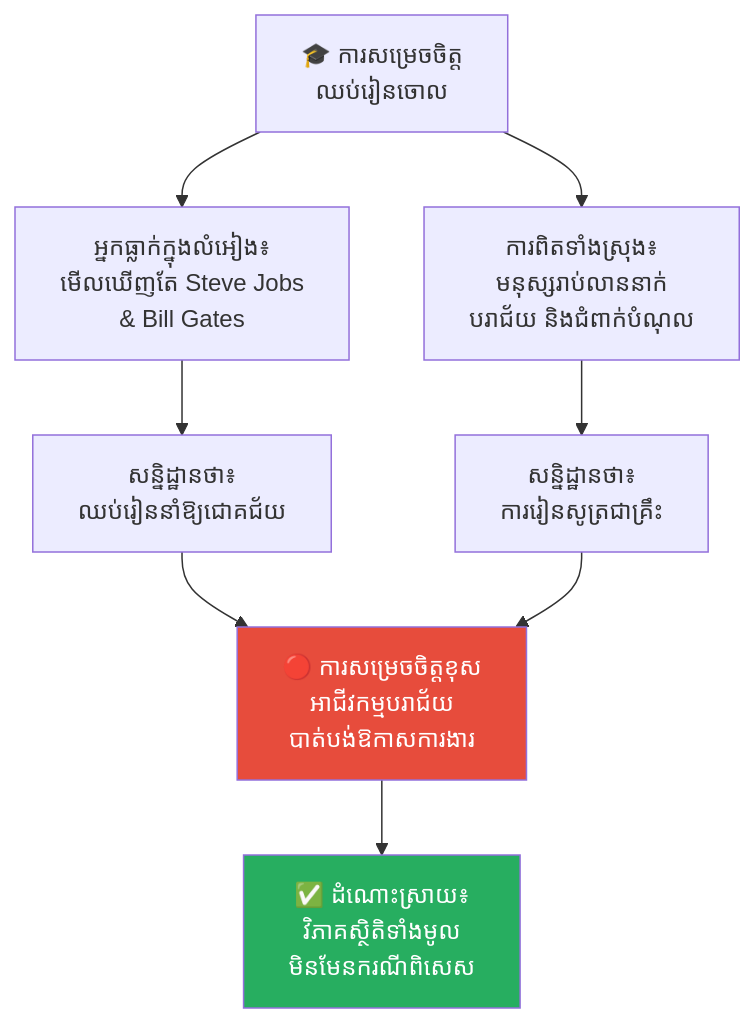
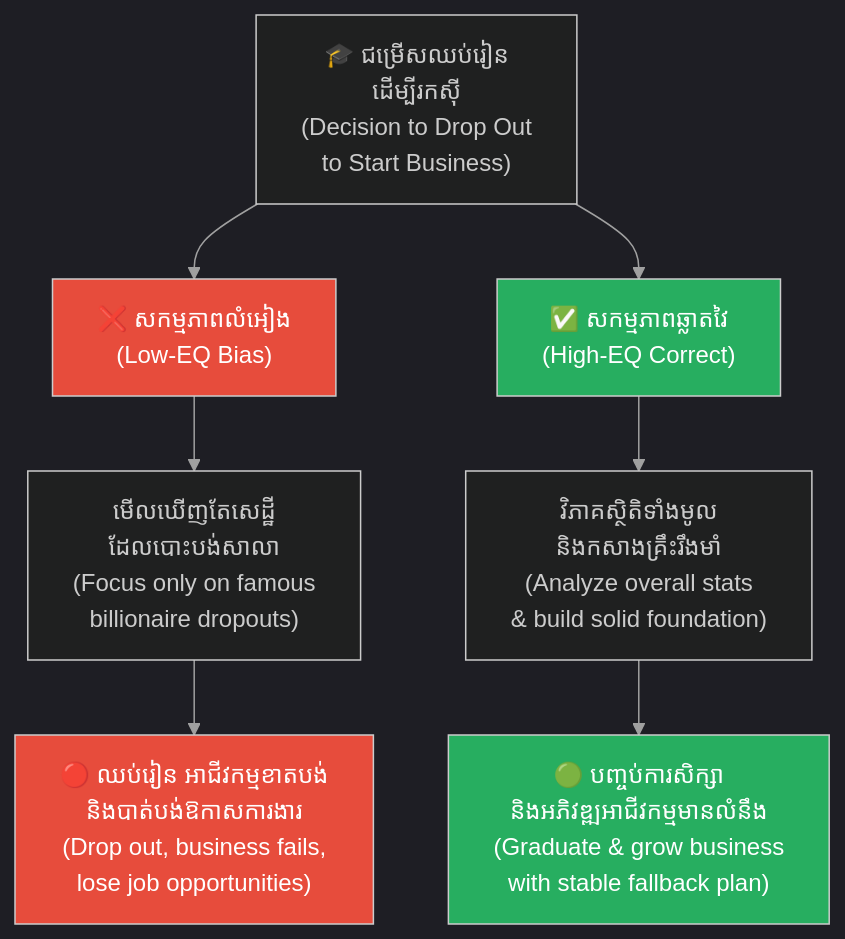
Before and after one commit to GuideStack/iblogger-feeds: the first of 5 diagrams in feeds/concepts/articles/06-survivorship-bias.md, drawn with Mermaid. The commit also changed other lines of this file, not shown here.

Commit message:
docs: upgrade 06-survivorship-bias.md to bilingual layout and styled diagrams

````diff
--- a/feeds/concepts/articles/06-survivorship-bias.md
+++ b/feeds/concepts/articles/06-survivorship-bias.md
@@ -71,13 +109,25 @@
 ```mermaid
+%%{init: {
+  'theme': 'dark',
+  'themeVariables': {
+    'background': '#1e1e1e',
+    'primaryTextColor': '#ffffff',
+    'lineColor': '#a0a0a0'
+  },
+  'themeCSS': 'svg { background-color: #1e1e1e !important; padding: 1rem !important; border-radius: 8px !important; } .edgeLabel rect { fill: #1e1e1e !important; } text, tspan { fill: #ffffff !important; }'
+}}%%
 graph TD
-    A["🎓 ការសម្រេចចិត្ត<br/>ឈប់រៀនចោល"] --> B["អ្នកធ្លាក់ក្នុងលំអៀង៖<br/>មើលឃើញតែ Steve Jobs<br/>& Bill Gates"]
-    A --> C["ការពិតទាំងស្រុង៖<br/>មនុស្សរាប់លាននាក់<br/>បរាជ័យ និងជំពាក់បំណុល"]
-    B --> D["សន្និដ្ឋានថា៖<br/>ឈប់រៀននាំឱ្យជោគជ័យ"]
-    C --> E["សន្និដ្ឋានថា៖<br/>ការរៀនសូត្រជាគ្រឹះ"]
-    D --> F["🔴 ការសម្រេចចិត្តខុស<br/>អាជីវកម្មបរាជ័យ<br/>បាត់បង់ឱកាសការងារ"]
-    E --> F
-    F --> G["✅ ដំណោះស្រាយ៖<br/>វិភាគស្ថិតិទាំងមូល<br/>មិនមែនករណីពិសេស"]
+    A["🎓 ជម្រើសឈប់រៀន<br/>ដើម្បីរកស៊ី<br/>(Decision to Drop Out<br/>to Start Business)"] --> B1["❌ សកម្មភាពលំអៀង<br/>(Low-EQ Bias)"]
+    A --> B2["✅ សកម្មភាពឆ្លាតវៃ<br/>(High-EQ Correct)"]
 
-    style F fill:#e74c3c,color:#fff
-    style G fill:#27ae60,color:#fff
+    B1 --> C1["មើលឃើញតែសេដ្ឋី<br/>ដែលបោះបង់សាលា<br/>(Focus only on famous<br/>billionaire dropouts)"]
+    C1 --> D1["🔴 ឈប់រៀន អាជីវកម្មខាតបង់<br/>និងបាត់បង់ឱកាសការងារ<br/>(Drop out, business fails,<br/>lose job opportunities)"]
+
+    B2 --> C2["វិភាគស្ថិតិទាំងមូល<br/>និងកសាងគ្រឹះរឹងមាំ<br/>(Analyze overall stats<br/>& build solid foundation)"]
+    C2 --> D2["🟢 បញ្ចប់ការសិក្សា<br/>និងអភិវឌ្ឍអាជីវកម្មមានលំនឹង<br/>(Graduate & grow business<br/>with stable fallback plan)"]
+
+    style B1 fill:#e74c3c,color:#fff
+    style B2 fill:#27ae60,color:#fff
+    style D1 fill:#e74c3c,color:#fff
+    style D2 fill:#27ae60,color:#fff
 ```
````
